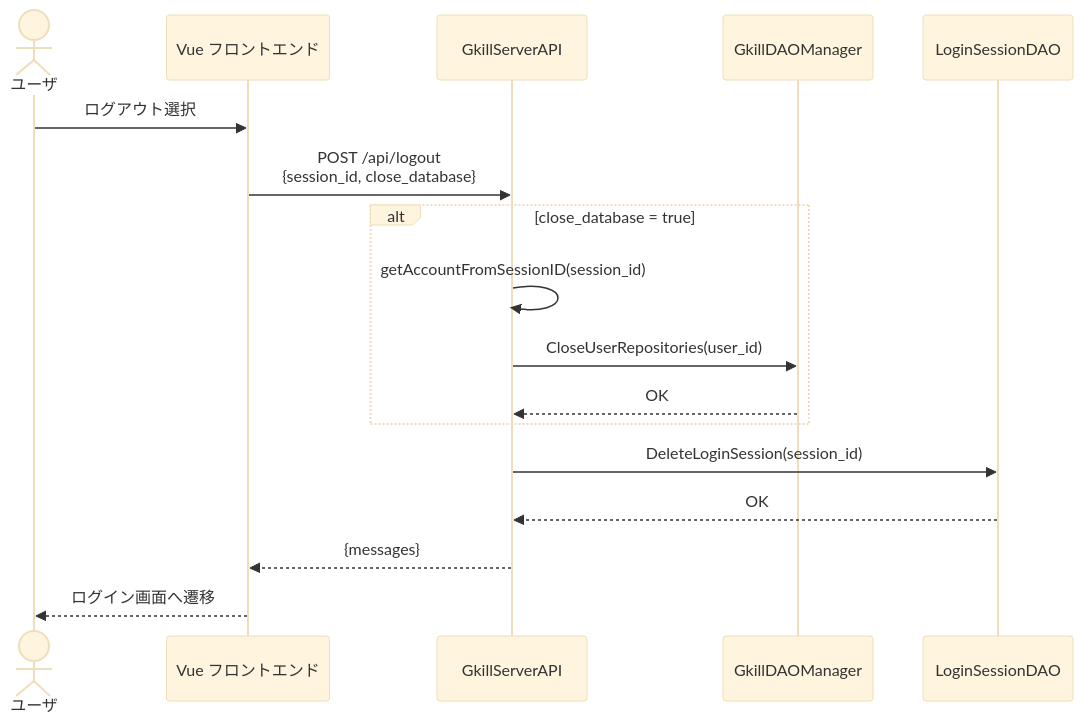
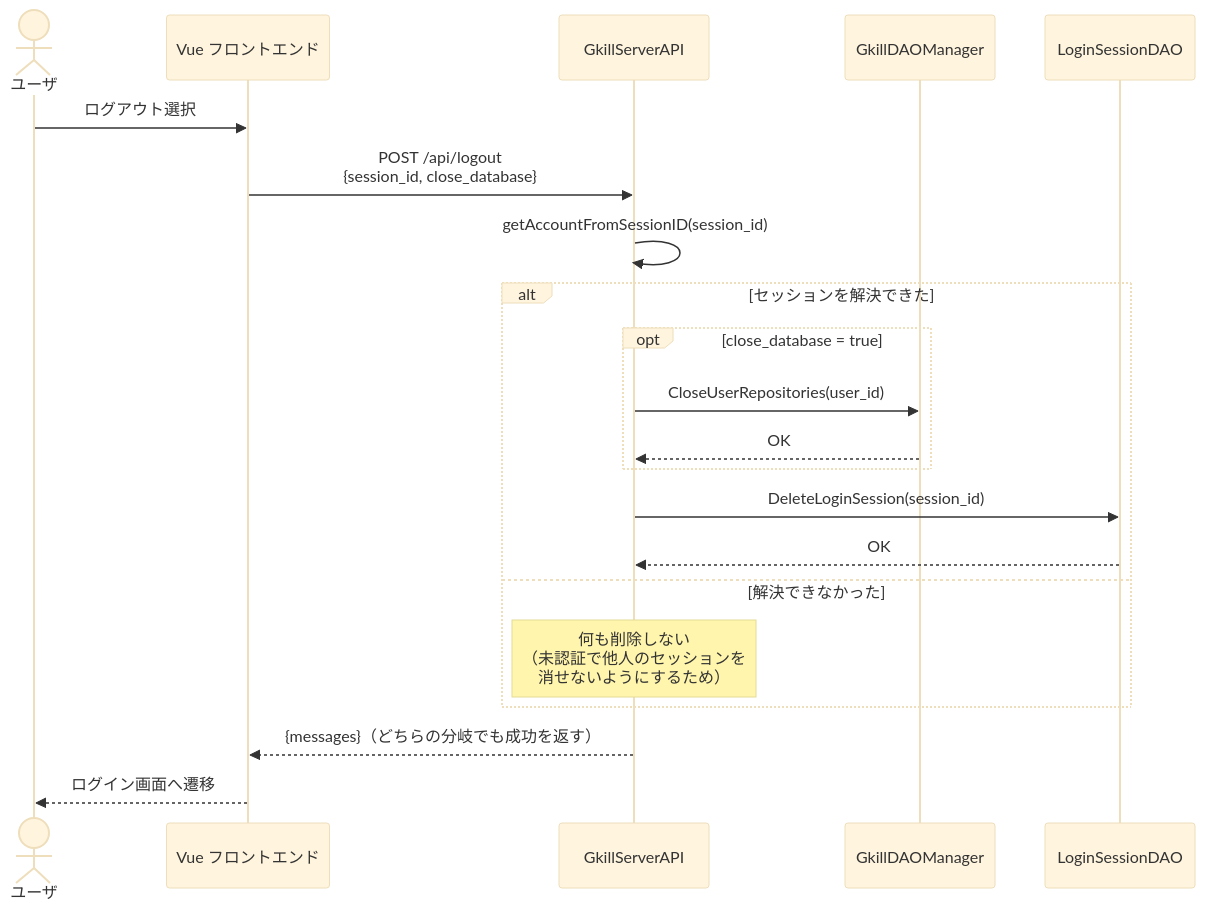
One commit to mt3hr/gkill changed the second of 29 diagrams in documents/reverse/sequence-diagrams.md. Above: the diagram before and after it, drawn with Mermaid (base theme). The commit also changed other lines of this file and 62 other files, not shown here.

````diff
--- a/documents/reverse/sequence-diagrams.md
+++ b/documents/reverse/sequence-diagrams.md
@@ -30,20 +30,24 @@
 ```mermaid
 sequenceDiagram
     actor User as ユーザ
     participant UI as Vue フロントエンド
     participant API as GkillServerAPI
     participant DAOMgr as GkillDAOManager
     participant SesDAO as LoginSessionDAO
 
     User->>UI: ログアウト選択
     UI->>API: POST /api/logout<br>{session_id, close_database}
-    alt close_database = true
-        API->>API: getAccountFromSessionID(session_id)
-        API->>DAOMgr: CloseUserRepositories(user_id)
-        DAOMgr-->>API: OK
+    API->>API: getAccountFromSessionID(session_id)
+    alt セッションを解決できた
+        opt close_database = true
+            API->>DAOMgr: CloseUserRepositories(user_id)
+            DAOMgr-->>API: OK
+        end
+        API->>SesDAO: DeleteLoginSession(session_id)
+        SesDAO-->>API: OK
+    else 解決できなかった
+        Note over API: 何も削除しない<br>（未認証で他人のセッションを<br>消せないようにするため）
     end
-    API->>SesDAO: DeleteLoginSession(session_id)
-    SesDAO-->>API: OK
-    API-->>UI: {messages}
+    API-->>UI: {messages}（どちらの分岐でも成功を返す）
     UI-->>User: ログイン画面へ遷移
 ```
````
